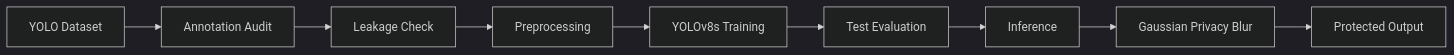
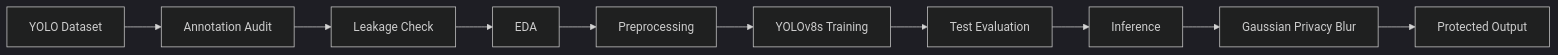
One commit to banshiAbp/License-Plate-Detection-and-Blurring-using-YOLOv8 changed the first of 2 diagrams in README.md. Above: the diagram before and after it, drawn with Mermaid (dark theme). The commit also changed other lines of this file and 4 other files, not shown here.

Commit message:
Add portfolio banner demo and project roadmap

````diff
--- a/README.md
+++ b/README.md
@@ -32,11 +48,12 @@
 ```mermaid
 flowchart LR
     A[YOLO Dataset] --> B[Annotation Audit]
     B --> C[Leakage Check]
-    C --> D[Preprocessing]
-    D --> E[YOLOv8s Training]
-    E --> F[Test Evaluation]
-    F --> G[Inference]
-    G --> H[Gaussian Privacy Blur]
-    H --> I[Protected Output]
+    C --> D[EDA]
+    D --> E[Preprocessing]
+    E --> F[YOLOv8s Training]
+    F --> G[Test Evaluation]
+    G --> H[Inference]
+    H --> I[Gaussian Privacy Blur]
+    I --> J[Protected Output]
 ```
````
